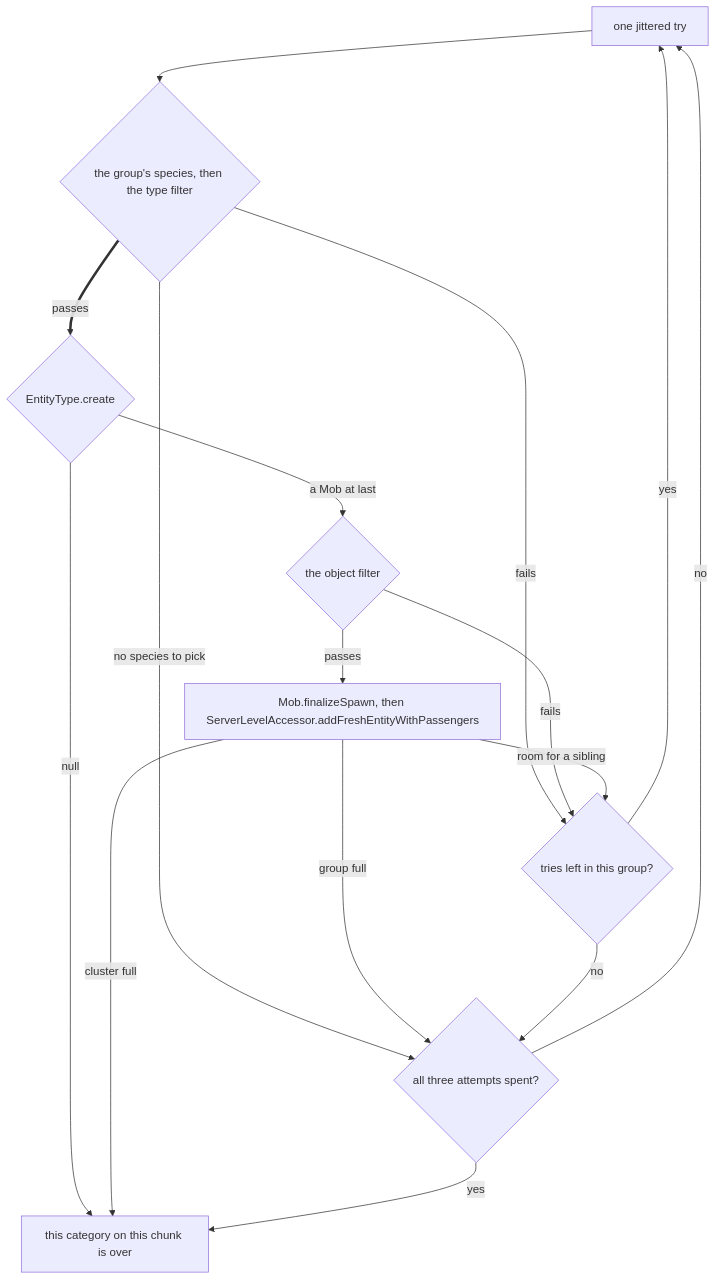
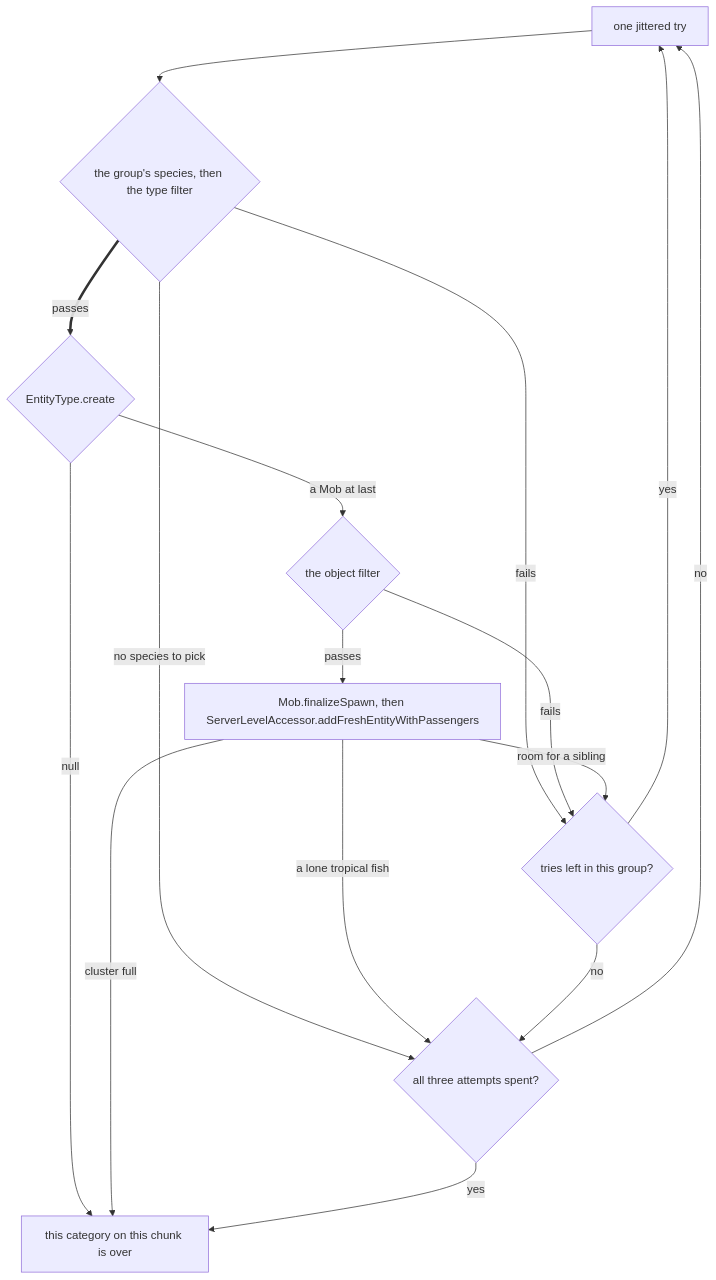
Before and after one commit to AlexanderjFraser/MinecraftDocs: the second of 4 diagrams in src/systems/entities/entity-lifecycle.md, drawn with Mermaid. The commit also changed other lines of this file and 21 other files, not shown here.

````diff
--- a/src/systems/entities/entity-lifecycle.md
+++ b/src/systems/entities/entity-lifecycle.md
@@ -67,18 +67,18 @@
 ```mermaid
 flowchart TD
     JIT["one jittered try"] --> TRY{"the group's species, then the type filter"}
     TRY -->|"no species to pick"| GRP
     TRY -->|"fails"| MORE{"tries left in this group?"}
     TRY ==>|"passes"| MAKE{"EntityType.create"}
     MAKE -->|"null"| OVER["this category on this chunk is over"]
     MAKE -->|"a Mob at last"| OBJ{"the object filter"}
     OBJ -->|"fails"| MORE
     OBJ -->|"passes"| FIN["Mob.finalizeSpawn, then ServerLevelAccessor.addFreshEntityWithPassengers"]
     FIN -->|"cluster full"| OVER
-    FIN -->|"group full"| GRP
+    FIN -->|"a lone tropical fish"| GRP
     FIN -->|"room for a sibling"| MORE
     MORE -->|"yes"| JIT
     MORE -->|"no"| GRP{"all three attempts spent?"}
     GRP -->|"no"| JIT
     GRP -->|"yes"| OVER
 ```
````
